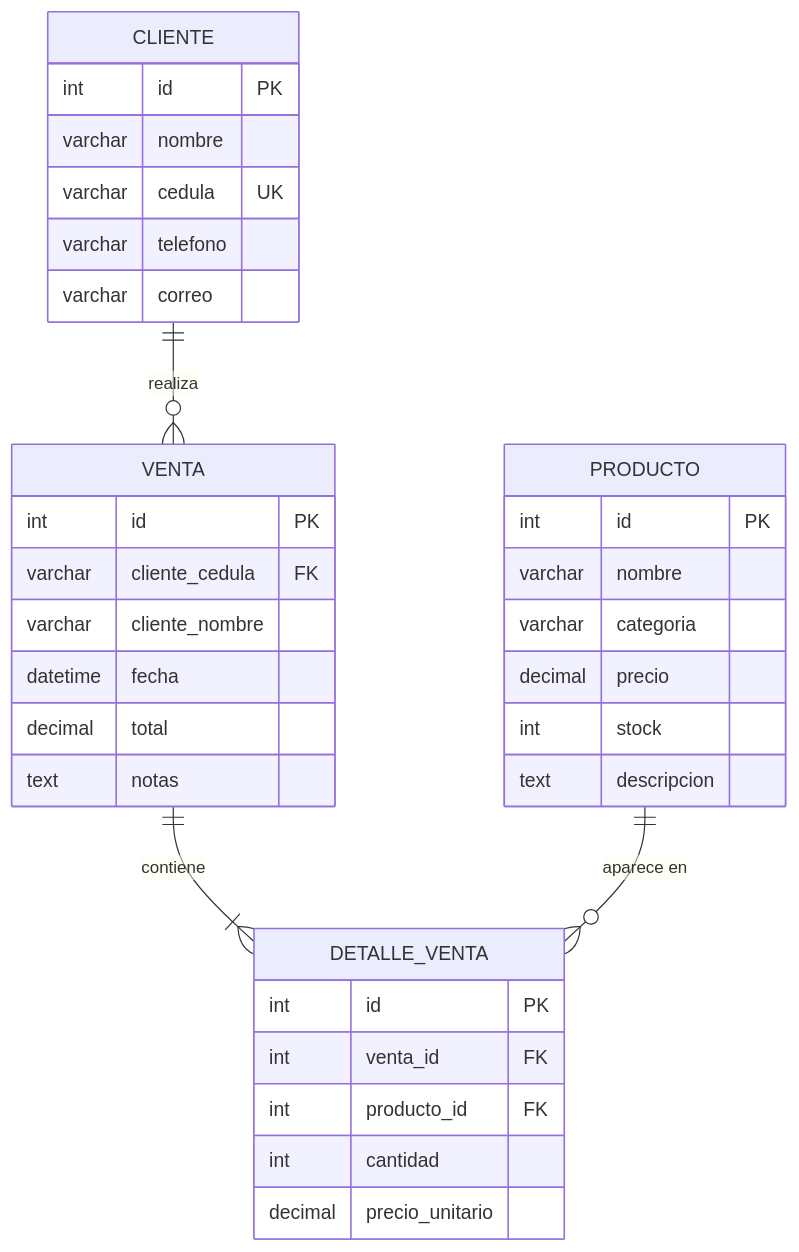
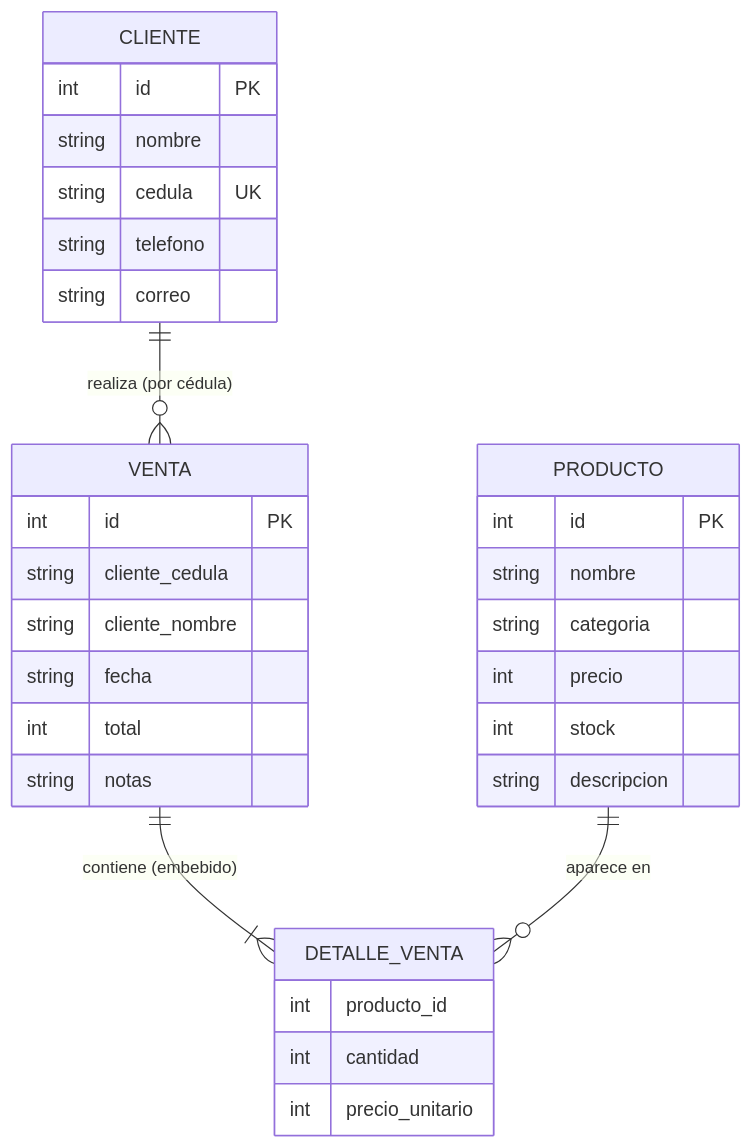
The third of 10 diagrams in docs/diagramas/diagramas.md (Pedrito2626/SalesFlow), drawn with Mermaid before and after one commit. The commit also changed other lines of this file and 1 other file, not shown here.

Commit message:
docs: alinear arquitectura y diagramas con la implementación real (persistencia JSON)

````diff
--- a/docs/diagramas/diagramas.md
+++ b/docs/diagramas/diagramas.md
@@ -114,40 +118,38 @@
 ```mermaid
 erDiagram
     CLIENTE {
         int id PK
-        varchar nombre
-        varchar cedula UK
-        varchar telefono
-        varchar correo
+        string nombre
+        string cedula UK
+        string telefono
+        string correo
     }
 
     VENTA {
         int id PK
-        varchar cliente_cedula FK
-        varchar cliente_nombre
-        datetime fecha
-        decimal total
-        text notas
+        string cliente_cedula
+        string cliente_nombre
+        string fecha
+        int total
+        string notas
     }
 
     DETALLE_VENTA {
-        int id PK
-        int venta_id FK
-        int producto_id FK
+        int producto_id
         int cantidad
-        decimal precio_unitario
+        int precio_unitario
     }
 
     PRODUCTO {
         int id PK
-        varchar nombre
-        varchar categoria
-        decimal precio
+        string nombre
+        string categoria
+        int precio
         int stock
-        text descripcion
+        string descripcion
     }
 
-    CLIENTE ||--o{ VENTA : "realiza"
-    VENTA ||--|{ DETALLE_VENTA : "contiene"
+    CLIENTE ||--o{ VENTA : "realiza (por cédula)"
+    VENTA ||--|{ DETALLE_VENTA : "contiene (embebido)"
     PRODUCTO ||--o{ DETALLE_VENTA : "aparece en"
 ```
````
